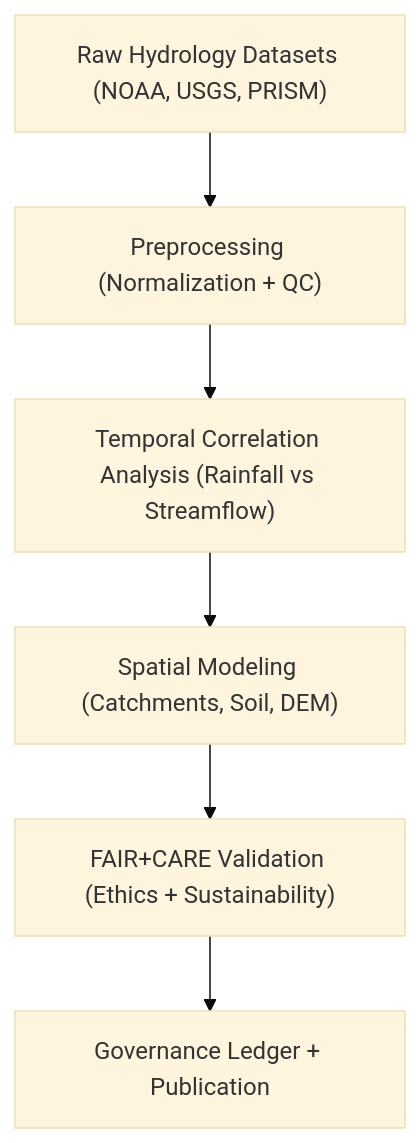
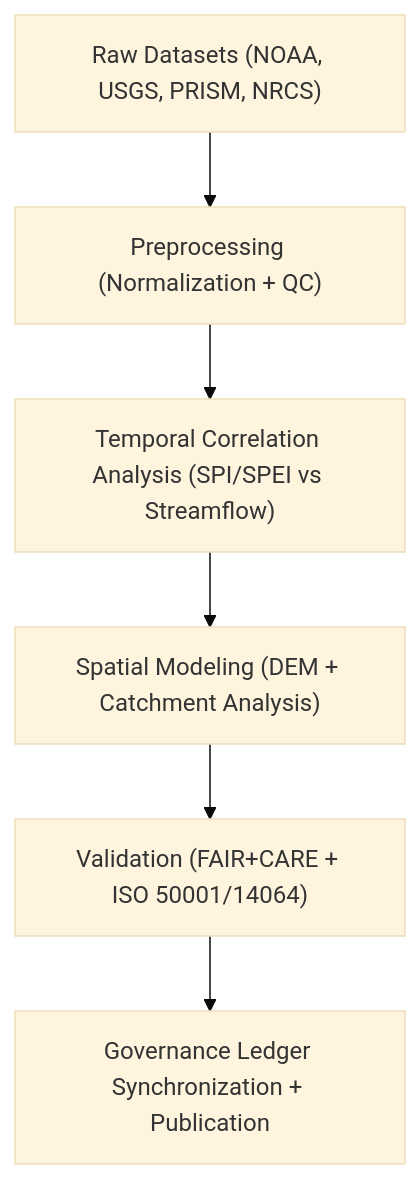
The first of 2 diagrams in docs/analyses/hydrology/drought-flood-correlation/methods/README.md (bartytime4life/Kansas-Frontier-Matrix), drawn with Mermaid (base theme) before and after one commit. The commit also changed other lines of this file, not shown here.

````diff
--- a/docs/analyses/hydrology/drought-flood-correlation/methods/README.md
+++ b/docs/analyses/hydrology/drought-flood-correlation/methods/README.md
@@ -67,8 +73,8 @@
 ```mermaid
 flowchart TD
-A["Raw Hydrology Datasets (NOAA, USGS, PRISM)"] --> B["Preprocessing (Normalization + QC)"]
-B --> C["Temporal Correlation Analysis (Rainfall vs Streamflow)"]
-C --> D["Spatial Modeling (Catchments, Soil, DEM)"]
-D --> E["FAIR+CARE Validation (Ethics + Sustainability)"]
-E --> F["Governance Ledger + Publication"]
+A["Raw Datasets (NOAA, USGS, PRISM, NRCS)"] --> B["Preprocessing (Normalization + QC)"]
+B --> C["Temporal Correlation Analysis (SPI/SPEI vs Streamflow)"]
+C --> D["Spatial Modeling (DEM + Catchment Analysis)"]
+D --> E["Validation (FAIR+CARE + ISO 50001/14064)"]
+E --> F["Governance Ledger Synchronization + Publication"]
 ```
````
